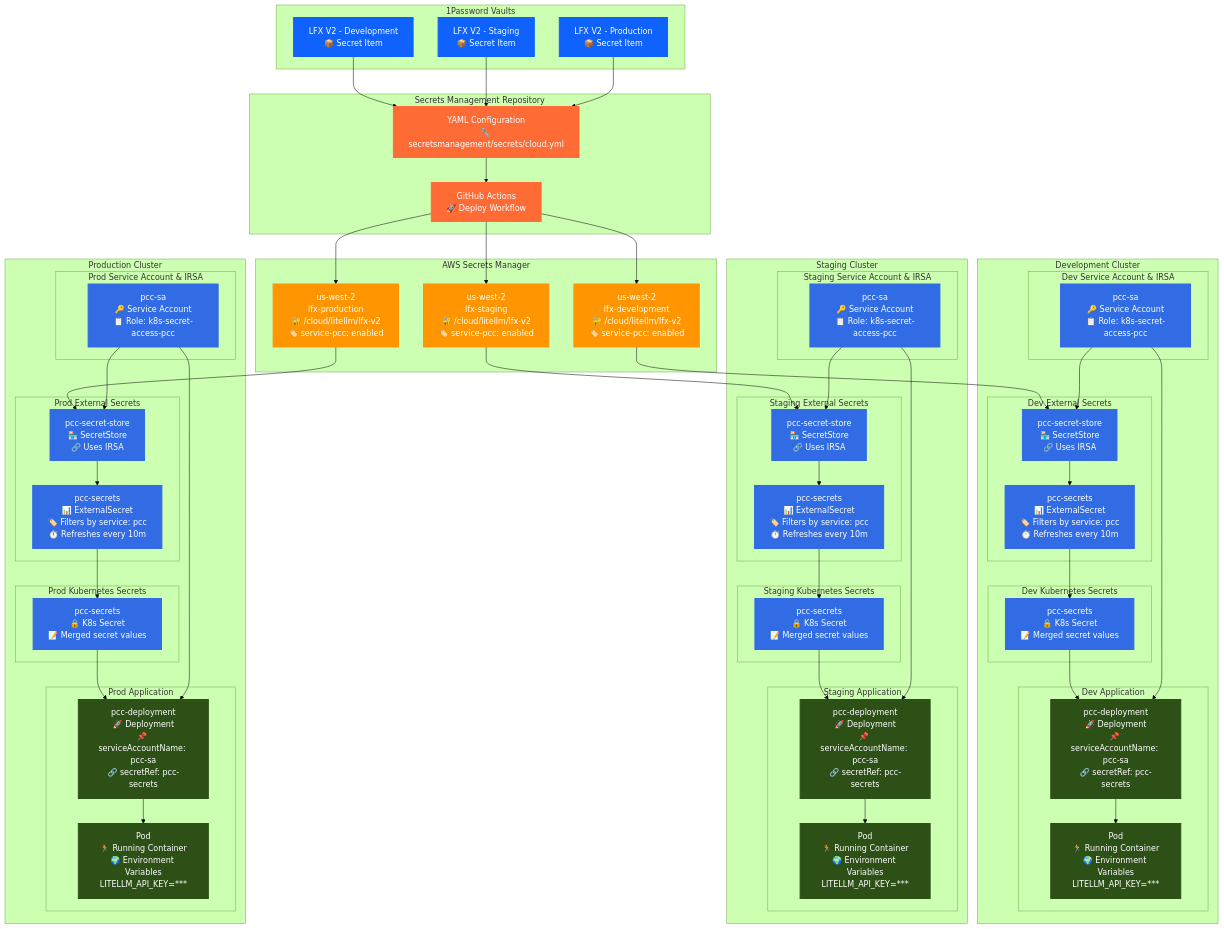
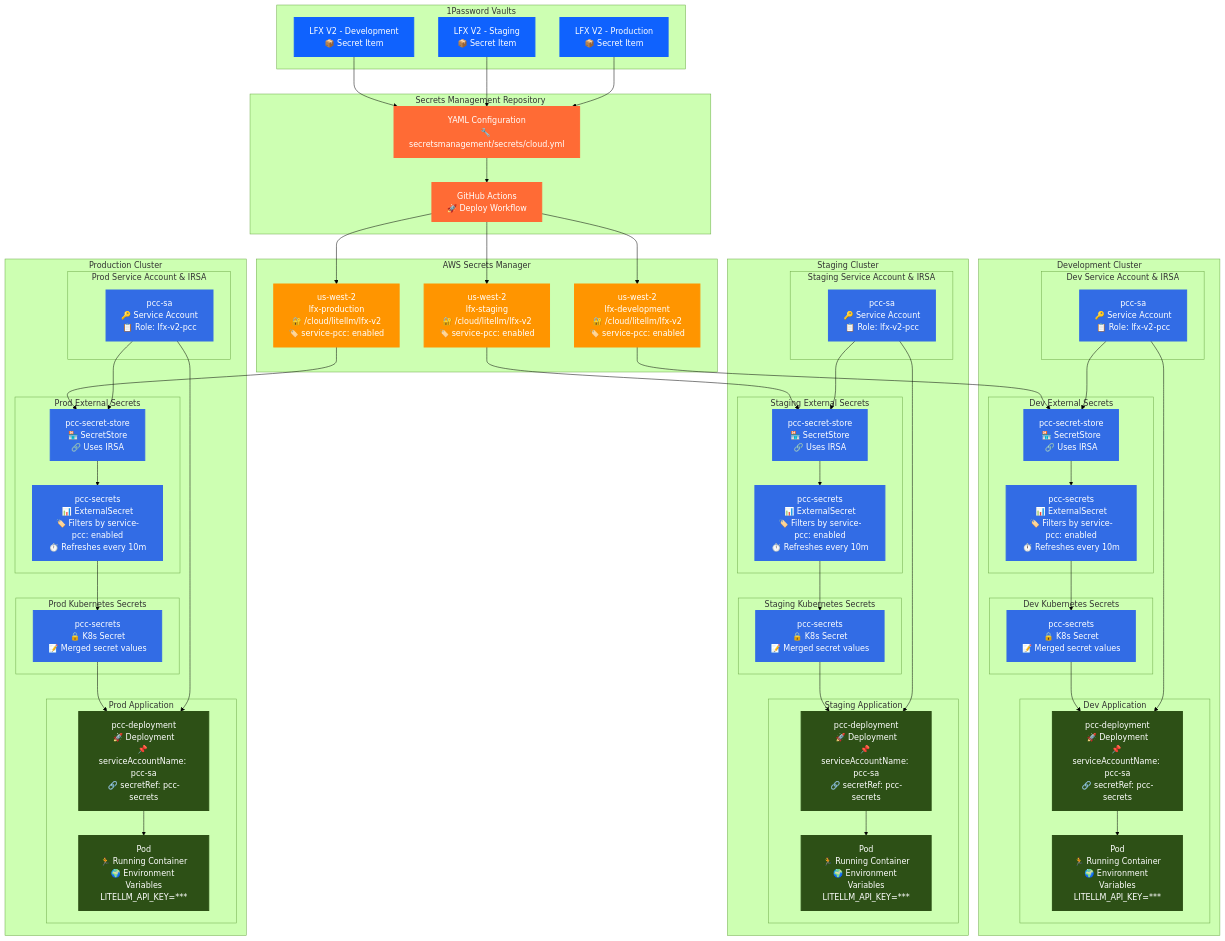
One commit to linuxfoundation/lfx-engineering changed the diagram in lfx_one/secrets-management.md. Above: the diagram before and after it, drawn with Mermaid (forest theme). The commit also changed other lines of this file and 1 other file, not shown here.

First paragraph of the commit message:
fix(review): address PR #43 review feedback — schema and diagram consistency
Address review comments from coderabbitai, copilot-pull-request-reviewer:

```diff
--- a/lfx_one/secrets-management.md
+++ b/lfx_one/secrets-management.md
@@ -95,12 +95,12 @@
 
     subgraph "Development Cluster"
         subgraph "Dev Service Account & IRSA"
-            SA1["pcc-sa<br/>🔑 Service Account<br/>📋 Role: k8s-secret-access-pcc"]
+            SA1["pcc-sa<br/>🔑 Service Account<br/>📋 Role: lfx-v2-pcc"]
         end
 
         subgraph "Dev External Secrets"
             SS1["pcc-secret-store<br/>🏪 SecretStore<br/>🔗 Uses IRSA"]
-            ES1["pcc-secrets<br/>📊 ExternalSecret<br/>🏷️ Filters by service: pcc<br/>⏱️ Refreshes every 10m"]
+            ES1["pcc-secrets<br/>📊 ExternalSecret<br/>🏷️ Filters by service-pcc: enabled<br/>⏱️ Refreshes every 10m"]
         end
 
         subgraph "Dev Kubernetes Secrets"
@@ -115,12 +115,12 @@
 
     subgraph "Staging Cluster"
         subgraph "Staging Service Account & IRSA"
-            SA2["pcc-sa<br/>🔑 Service Account<br/>📋 Role: k8s-secret-access-pcc"]
+            SA2["pcc-sa<br/>🔑 Service Account<br/>📋 Role: lfx-v2-pcc"]
         end
 
         subgraph "Staging External Secrets"
             SS2["pcc-secret-store<br/>🏪 SecretStore<br/>🔗 Uses IRSA"]
-            ES2["pcc-secrets<br/>📊 ExternalSecret<br/>🏷️ Filters by service: pcc<br/>⏱️ Refreshes every 10m"]
+            ES2["pcc-secrets<br/>📊 ExternalSecret<br/>🏷️ Filters by service-pcc: enabled<br/>⏱️ Refreshes every 10m"]
         end
 
         subgraph "Staging Kubernetes Secrets"
@@ -135,12 +135,12 @@
 
     subgraph "Production Cluster"
         subgraph "Prod Service Account & IRSA"
-            SA3["pcc-sa<br/>🔑 Service Account<br/>📋 Role: k8s-secret-access-pcc"]
+            SA3["pcc-sa<br/>🔑 Service Account<br/>📋 Role: lfx-v2-pcc"]
         end
 
         subgraph "Prod External Secrets"
             SS3["pcc-secret-store<br/>🏪 SecretStore<br/>🔗 Uses IRSA"]
-            ES3["pcc-secrets<br/>📊 ExternalSecret<br/>🏷️ Filters by service: pcc<br/>⏱️ Refreshes every 10m"]
+            ES3["pcc-secrets<br/>📊 ExternalSecret<br/>🏷️ Filters by service-pcc: enabled<br/>⏱️ Refreshes every 10m"]
         end
 
         subgraph "Prod Kubernetes Secrets"
```
